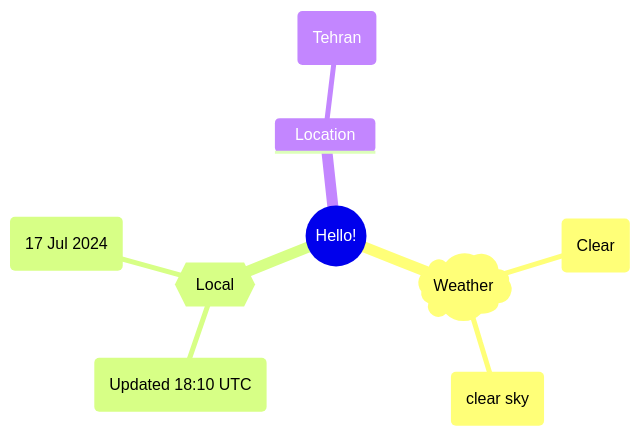
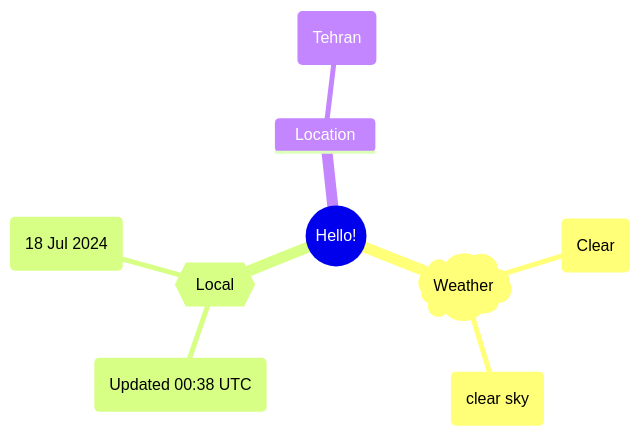
One commit to Xosrov/Xosrov changed the first of 2 diagrams in README.md. Above: the diagram before and after it, drawn with Mermaid.

Commit message:
[bot] updated images

````diff
--- a/README.md
+++ b/README.md
@@ -3,12 +3,12 @@
 ```mermaid
 mindmap
   root((Hello!))
     )Weather(
         (Clear)
         (clear sky)
     {{Local}}
-        (Updated 18:10 UTC)
-        (17 Jul 2024)
+        (Updated 00:38 UTC)
+        (18 Jul 2024)
     Location
         (Tehran)
 ```
````
